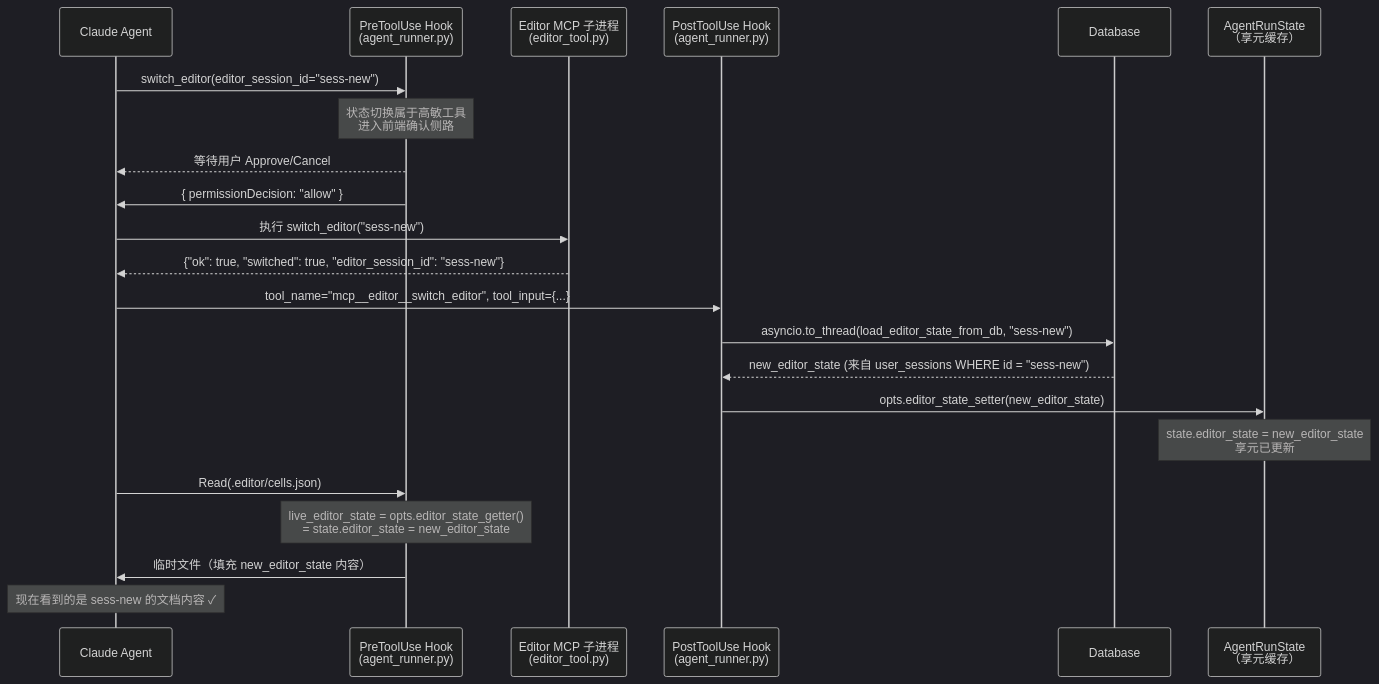
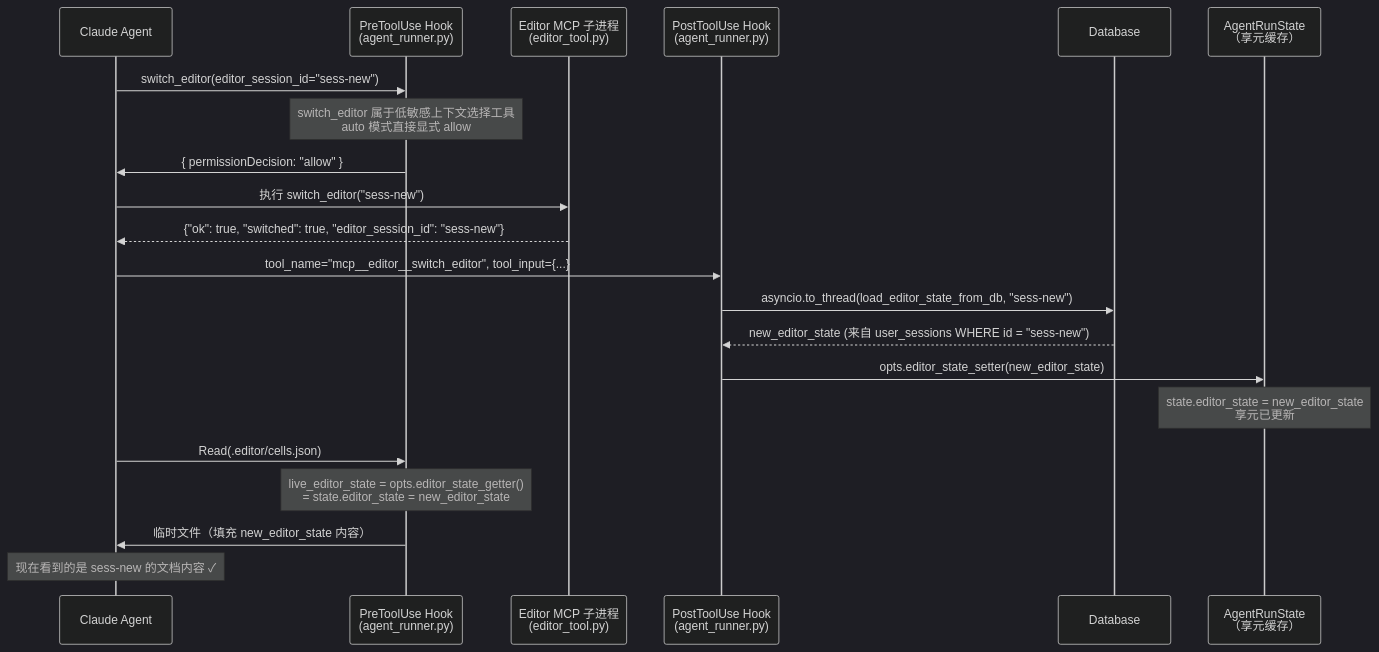
The diagram in docs/design/claude-agent/edit-point/workspace-switch.md (glide-the/im-dream), drawn with Mermaid (dark theme) before and after one commit. The commit also changed other lines of this file and 18 other files, not shown here.

````diff
--- a/docs/design/claude-agent/edit-point/workspace-switch.md
+++ b/docs/design/claude-agent/edit-point/workspace-switch.md
@@ -186,28 +187,27 @@
 ```mermaid
 sequenceDiagram
     participant Agent as Claude Agent
     participant PreHook as PreToolUse Hook<br/>(agent_runner.py)
     participant MCP as Editor MCP 子进程<br/>(editor_tool.py)
     participant PostHook as PostToolUse Hook<br/>(agent_runner.py)
     participant DB as Database
     participant State as AgentRunState<br/>（享元缓存）
 
     Agent->>PreHook: switch_editor(editor_session_id="sess-new")
-    Note over PreHook: 状态切换属于高敏工具<br/>进入前端确认侧路
-    PreHook-->>Agent: 等待用户 Approve/Cancel
+    Note over PreHook: switch_editor 属于低敏感上下文选择工具<br/>auto 模式直接显式 allow
     PreHook->>Agent: { permissionDecision: "allow" }
 
     Agent->>MCP: 执行 switch_editor("sess-new")
     MCP-->>Agent: {"ok": true, "switched": true, "editor_session_id": "sess-new"}
 
     Agent->>PostHook: tool_name="mcp__editor__switch_editor", tool_input={...}
     PostHook->>DB: asyncio.to_thread(load_editor_state_from_db, "sess-new")
     DB-->>PostHook: new_editor_state (来自 user_sessions WHERE id = "sess-new")
     PostHook->>State: opts.editor_state_setter(new_editor_state)
     Note over State: state.editor_state = new_editor_state<br/>享元已更新
 
     Agent->>PreHook: Read(.editor/cells.json)
     Note over PreHook: live_editor_state = opts.editor_state_getter()<br/>= state.editor_state = new_editor_state
     PreHook->>Agent: 临时文件（填充 new_editor_state 内容）
     Note over Agent: 现在看到的是 sess-new 的文档内容 ✓
 ```
````
